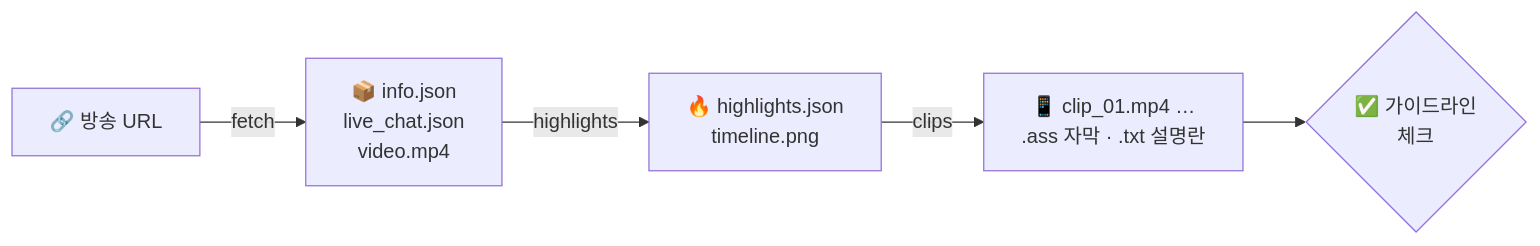
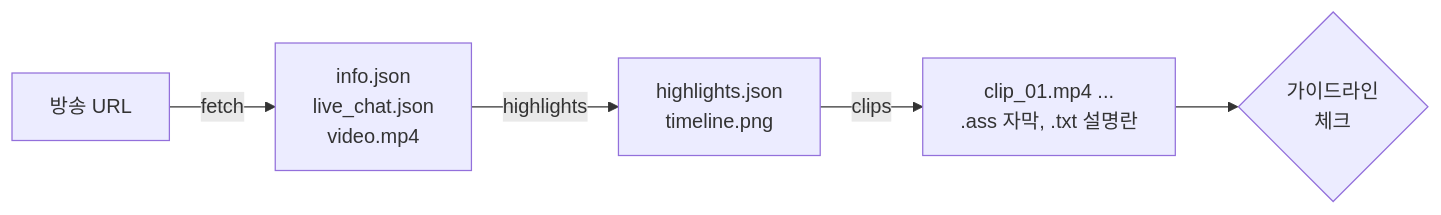
One commit to BudongJW/stream2clip changed the first of 2 diagrams in README.md. Above: the diagram before and after it, drawn with Mermaid. The commit also changed other lines of this file and 50 other files, not shown here.

````diff
--- a/README.md
+++ b/README.md
@@ -138,7 +138,7 @@
 ```mermaid
 flowchart LR
-    U["🔗 방송 URL"] -->|fetch| I["📦 info.json<br/>live_chat.json<br/>video.mp4"]
-    I -->|highlights| H["🔥 highlights.json<br/>timeline.png"]
-    H -->|clips| C["📱 clip_01.mp4 …<br/>.ass 자막 · .txt 설명란"]
-    C --> K{"✅ 가이드라인<br/>체크"}
+    U["방송 URL"] -->|fetch| I["info.json<br/>live_chat.json<br/>video.mp4"]
+    I -->|highlights| H["highlights.json<br/>timeline.png"]
+    H -->|clips| C["clip_01.mp4 ...<br/>.ass 자막, .txt 설명란"]
+    C --> K{"가이드라인<br/>체크"}
 ```
````
